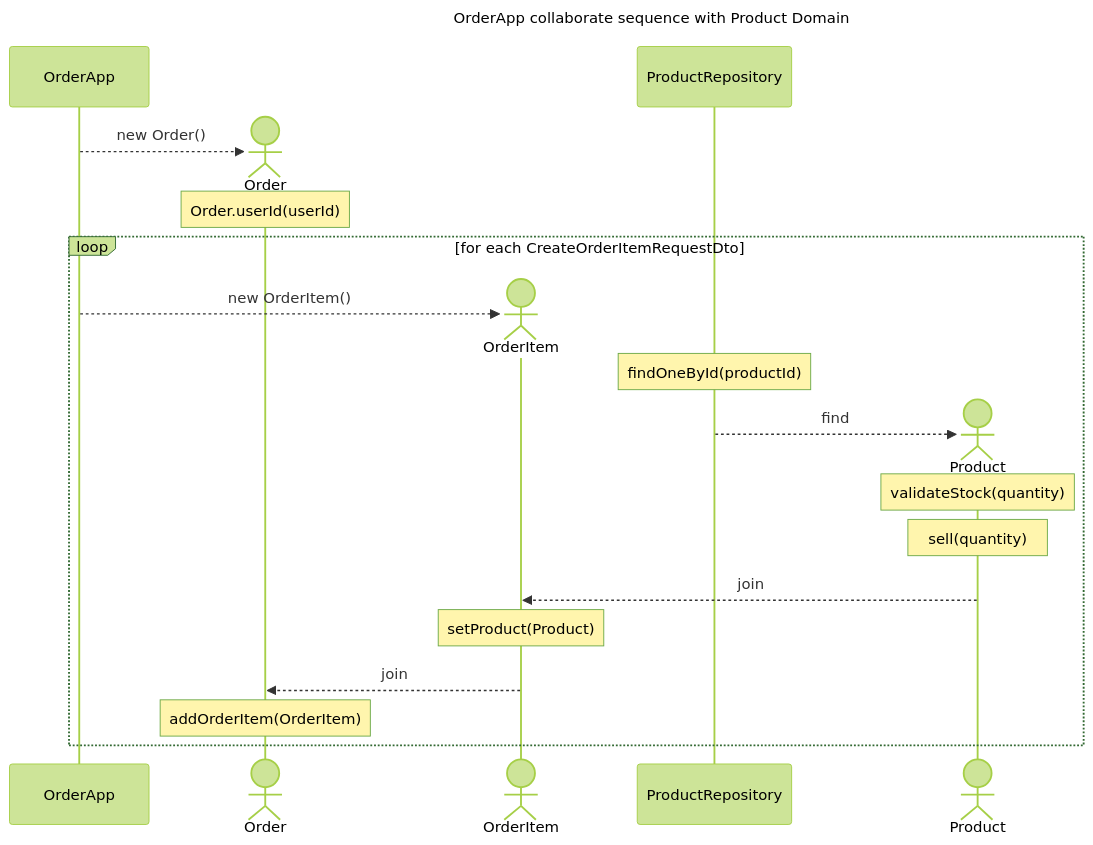
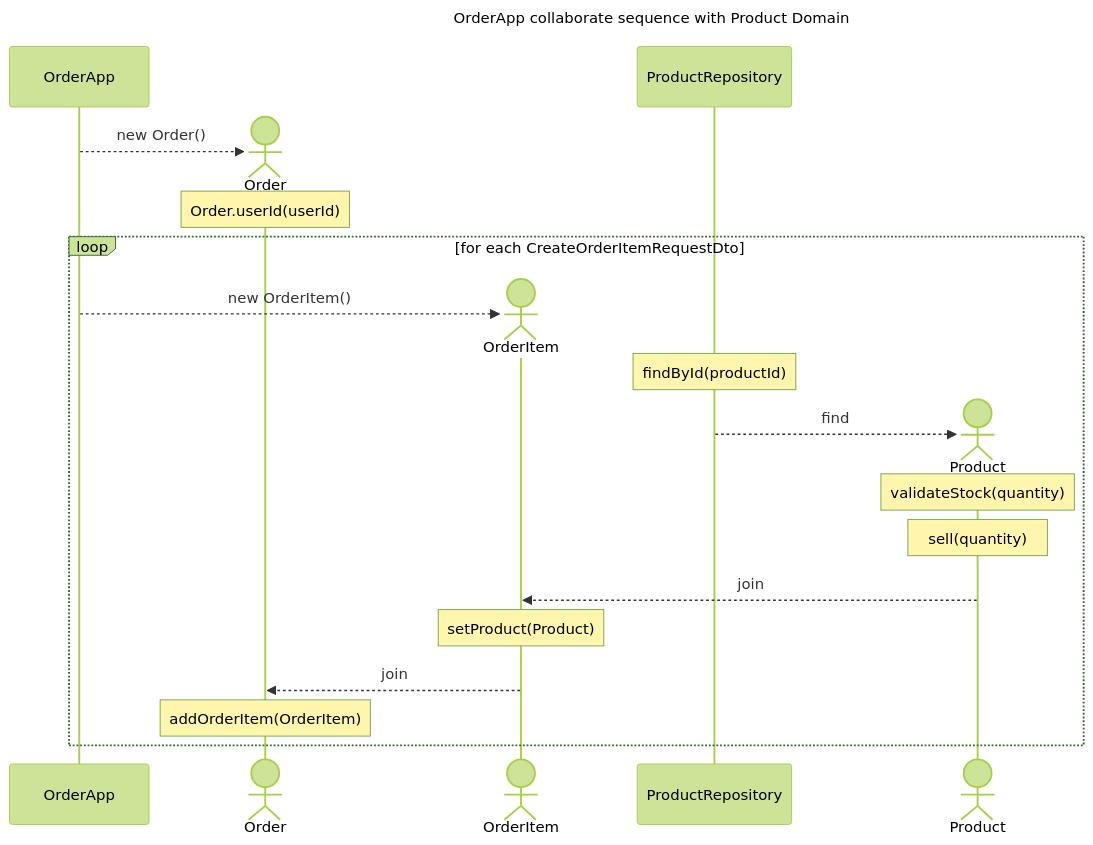
The second of 4 diagrams in docs/api/orders.md (newbieJanghan/hh_plus_server), drawn with Mermaid (forest theme) before and after one commit. The commit also changed 8 other files, not shown here.

Commit message:
Feat: ProductRepository findById

````diff
--- a/docs/api/orders.md
+++ b/docs/api/orders.md
@@ -139,27 +139,27 @@
 ```mermaid
 ---
 title: OrderApp collaborate sequence with Product Domain
 ---
 sequenceDiagram
     participant OrderApp
     create actor Order
     OrderApp -->> Order: new Order()
     note over Order: Order.userId(userId)
 
     loop for each CreateOrderItemRequestDto
         create actor OrderItem
         OrderApp -->> OrderItem: new OrderItem()
-        Note over ProductRepository: findOneById(productId)
+        Note over ProductRepository: findById(productId)
         create actor Product
         ProductRepository -->> Product: find
         Note over Product: validateStock(quantity)
         Note over Product: sell(quantity)
     #
         Product -->> OrderItem: join
         note over OrderItem: setProduct(Product)
         OrderItem -->> Order: join
         note over Order: addOrderItem(OrderItem)
     end
 #
 
 ```
````
